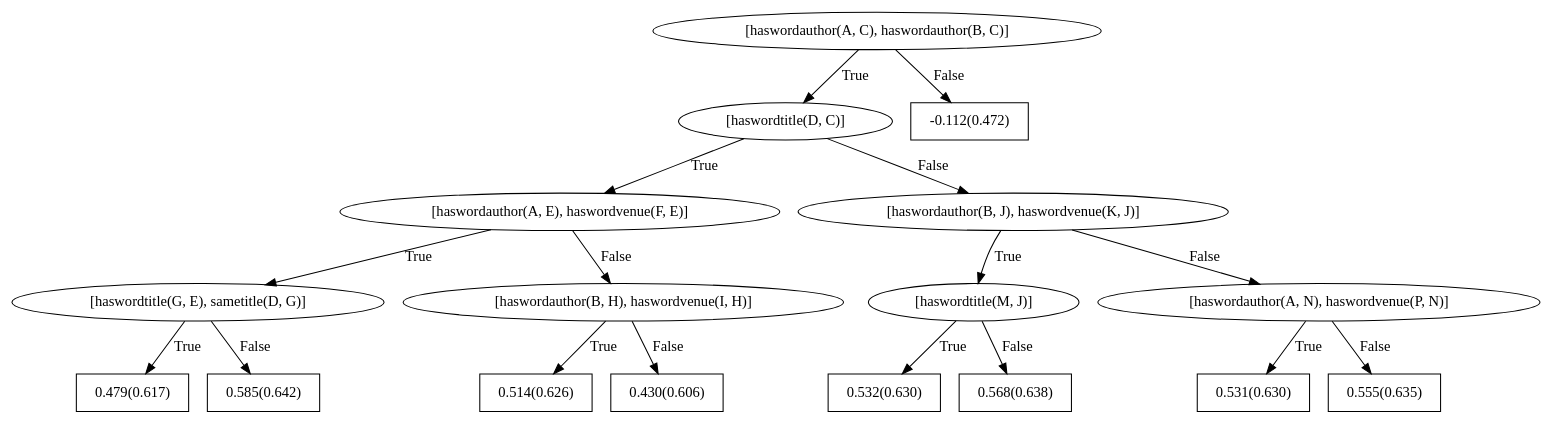
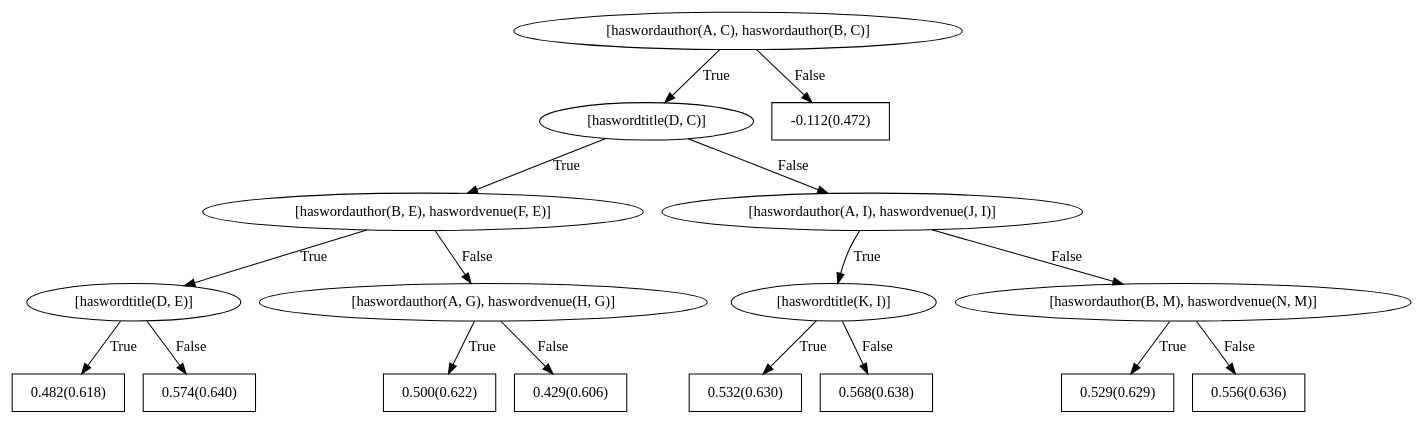
The diagram in datasets/Cora/train/models/bRDNs/dotFiles/WILLTreeFor_sameauthor2.dot (hayesall/Walk-ER), drawn with Graphviz before and after one commit. The commit also changed 71 other files, not shown here.

Commit message:
mode_comparator worked for Cora, I do not think WebKB is significant since the graph is so small.

```diff
--- a/datasets/Cora/train/models/bRDNs/dotFiles/WILLTreeFor_sameauthor2.dot
+++ b/datasets/Cora/train/models/bRDNs/dotFiles/WILLTreeFor_sameauthor2.dot
@@ -1,35 +1,35 @@
 digraph G{ 
 1[label = "[haswordauthor(A, C), haswordauthor(B, C)]"];
 1 -> 2[label="True"];
 1 -> 3[label="False"];
 2[label = "[haswordtitle(D, C)]"];
 2 -> 4[label="True"];
 2 -> 5[label="False"];
-4[label = "[haswordauthor(A, E), haswordvenue(F, E)]"];
+4[label = "[haswordauthor(B, E), haswordvenue(F, E)]"];
 4 -> 6[label="True"];
 4 -> 7[label="False"];
-6[label = "[haswordtitle(G, E), sametitle(D, G)]"];
+6[label = "[haswordtitle(D, E)]"];
 6 -> 8[label="True"];
 6 -> 9[label="False"];
-8[shape = box,label = "0.479(0.617)"];
-9[shape = box,label = "0.585(0.642)"];
-7[label = "[haswordauthor(B, H), haswordvenue(I, H)]"];
+8[shape = box,label = "0.482(0.618)"];
+9[shape = box,label = "0.574(0.640)"];
+7[label = "[haswordauthor(A, G), haswordvenue(H, G)]"];
 7 -> 10[label="True"];
 7 -> 11[label="False"];
-10[shape = box,label = "0.514(0.626)"];
-11[shape = box,label = "0.430(0.606)"];
-5[label = "[haswordauthor(B, J), haswordvenue(K, J)]"];
+10[shape = box,label = "0.500(0.622)"];
+11[shape = box,label = "0.429(0.606)"];
+5[label = "[haswordauthor(A, I), haswordvenue(J, I)]"];
 5 -> 12[label="True"];
 5 -> 13[label="False"];
-12[label = "[haswordtitle(M, J)]"];
+12[label = "[haswordtitle(K, I)]"];
 12 -> 14[label="True"];
 12 -> 15[label="False"];
 14[shape = box,label = "0.532(0.630)"];
 15[shape = box,label = "0.568(0.638)"];
-13[label = "[haswordauthor(A, N), haswordvenue(P, N)]"];
+13[label = "[haswordauthor(B, M), haswordvenue(N, M)]"];
 13 -> 16[label="True"];
 13 -> 17[label="False"];
-16[shape = box,label = "0.531(0.630)"];
-17[shape = box,label = "0.555(0.635)"];
+16[shape = box,label = "0.529(0.629)"];
+17[shape = box,label = "0.556(0.636)"];
 3[shape = box,label = "-0.112(0.472)"];
 }
```
